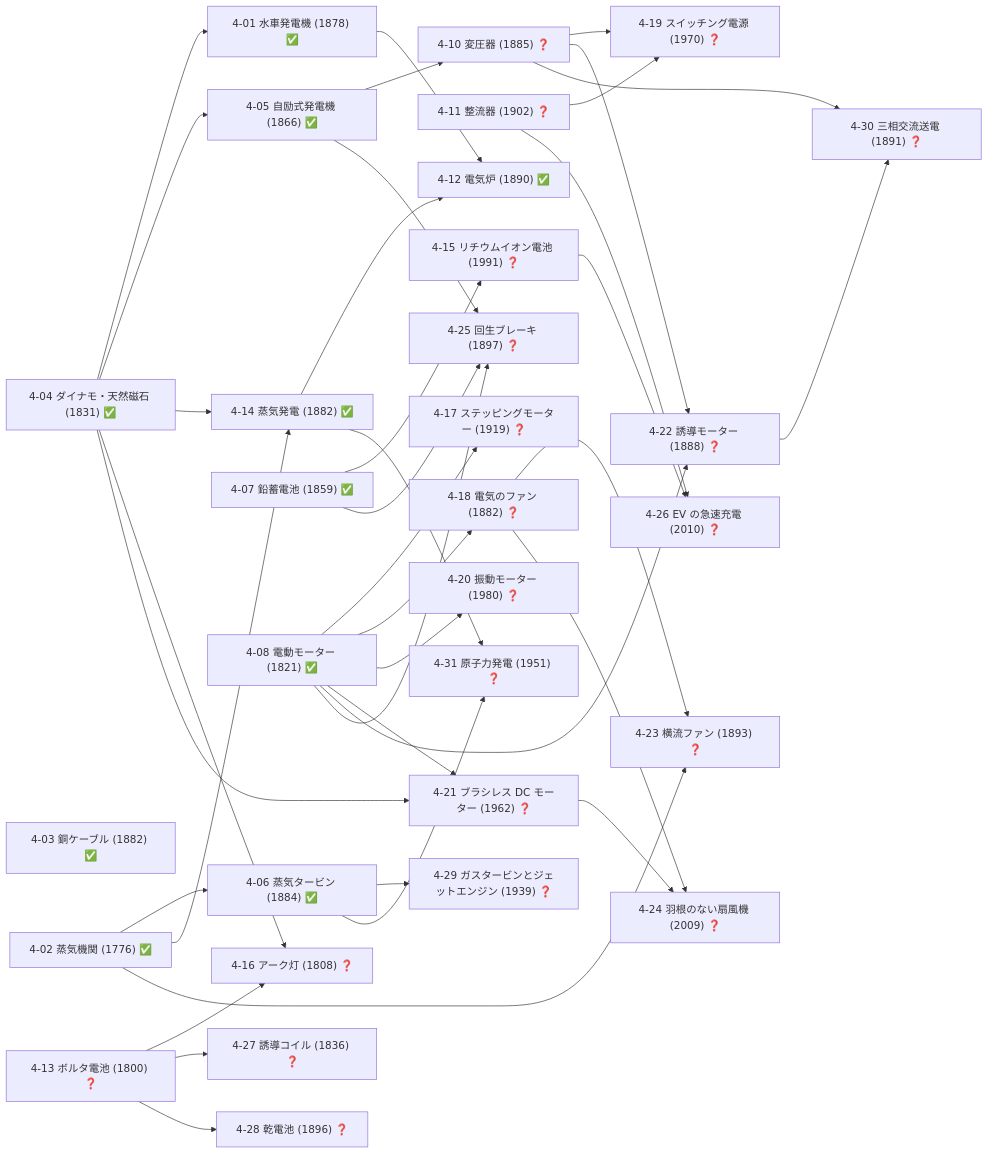
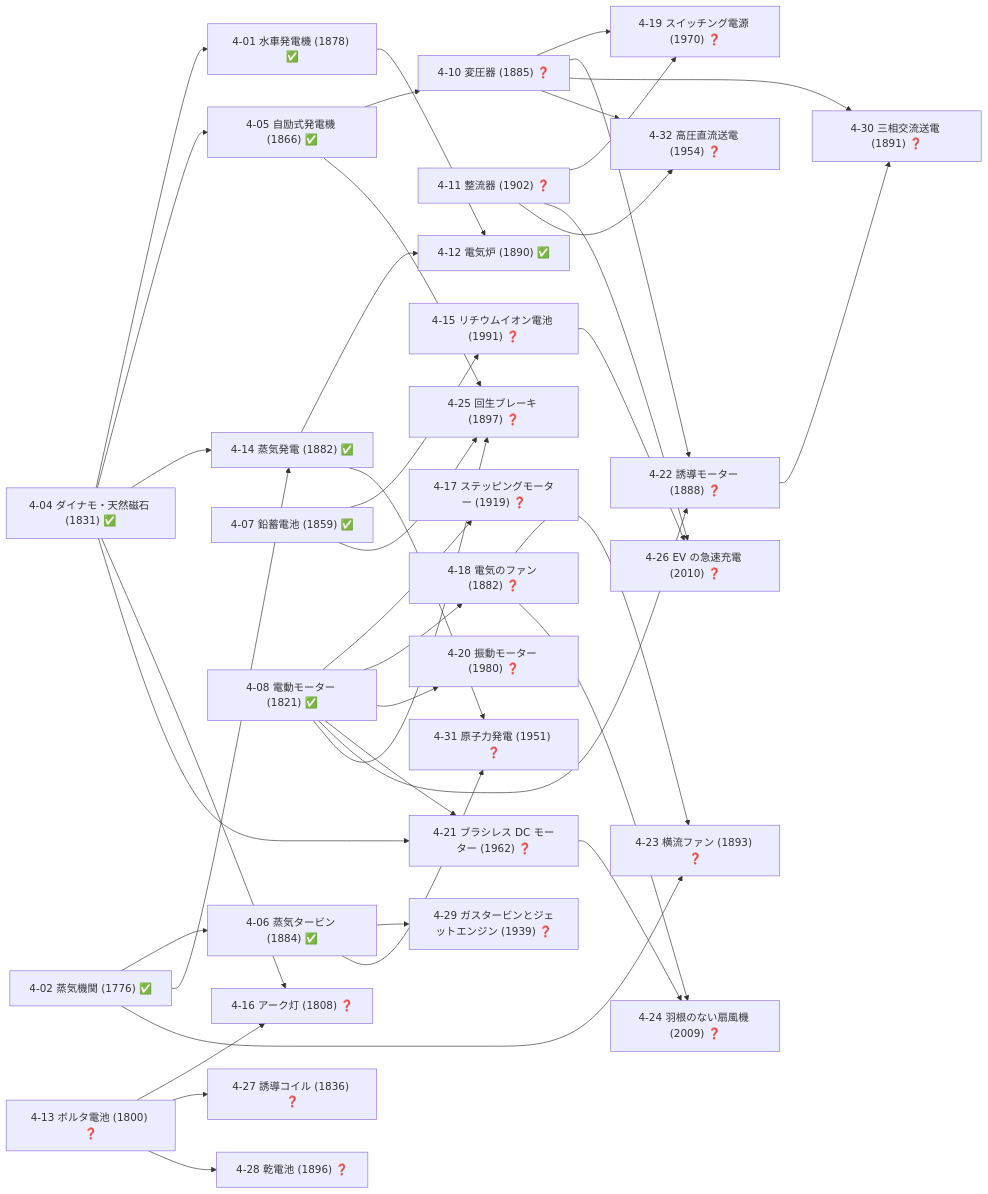
Before and after one commit to taku3i0317-collab/semiconductor-lab: the seventh of 19 diagrams in docs/TECH_TREE_VIEW.md, drawn with Mermaid. The commit also changed other lines of this file and 8 other files, not shown here.

````diff
--- a/docs/TECH_TREE_VIEW.md
+++ b/docs/TECH_TREE_VIEW.md
@@ -365,69 +365,71 @@
 ```mermaid
 graph LR
   n4_01["4-01 水車発電機 (1878) ✅"]
   n4_02["4-02 蒸気機関 (1776) ✅"]
-  n4_03["4-03 銅ケーブル (1882) ✅"]
   n4_04["4-04 ダイナモ・天然磁石 (1831) ✅"]
   n4_05["4-05 自励式発電機 (1866) ✅"]
   n4_06["4-06 蒸気タービン (1884) ✅"]
   n4_07["4-07 鉛蓄電池 (1859) ✅"]
   n4_08["4-08 電動モーター (1821) ✅"]
   n4_10["4-10 変圧器 (1885) ❓"]
   n4_11["4-11 整流器 (1902) ❓"]
   n4_12["4-12 電気炉 (1890) ✅"]
   n4_13["4-13 ボルタ電池 (1800) ❓"]
   n4_14["4-14 蒸気発電 (1882) ✅"]
   n4_15["4-15 リチウムイオン電池 (1991) ❓"]
   n4_16["4-16 アーク灯 (1808) ❓"]
   n4_17["4-17 ステッピングモーター (1919) ❓"]
   n4_18["4-18 電気のファン (1882) ❓"]
   n4_19["4-19 スイッチング電源 (1970) ❓"]
   n4_20["4-20 振動モーター (1980) ❓"]
   n4_21["4-21 ブラシレス DC モーター (1962) ❓"]
   n4_22["4-22 誘導モーター (1888) ❓"]
   n4_23["4-23 横流ファン (1893) ❓"]
   n4_24["4-24 羽根のない扇風機 (2009) ❓"]
   n4_25["4-25 回生ブレーキ (1897) ❓"]
   n4_26["4-26 EV の急速充電 (2010) ❓"]
   n4_27["4-27 誘導コイル (1836) ❓"]
   n4_28["4-28 乾電池 (1896) ❓"]
   n4_29["4-29 ガスタービンとジェットエンジン (1939) ❓"]
   n4_30["4-30 三相交流送電 (1891) ❓"]
   n4_31["4-31 原子力発電 (1951) ❓"]
+  n4_32["4-32 高圧直流送電 (1954) ❓"]
   n4_04-->n4_01
   n4_04-->n4_05
   n4_02-->n4_06
   n4_05-->n4_10
   n4_01-->n4_12
   n4_14-->n4_12
   n4_02-->n4_14
   n4_04-->n4_14
   n4_07-->n4_15
   n4_04-->n4_16
   n4_13-->n4_16
   n4_08-->n4_17
   n4_08-->n4_18
   n4_10-->n4_19
   n4_11-->n4_19
   n4_08-->n4_20
   n4_04-->n4_21
   n4_08-->n4_21
   n4_08-->n4_22
   n4_10-->n4_22
   n4_02-->n4_23
   n4_18-->n4_23
   n4_18-->n4_24
   n4_21-->n4_24
   n4_05-->n4_25
   n4_07-->n4_25
   n4_08-->n4_25
   n4_11-->n4_26
   n4_15-->n4_26
   n4_13-->n4_27
   n4_13-->n4_28
   n4_06-->n4_29
   n4_10-->n4_30
   n4_22-->n4_30
   n4_06-->n4_31
   n4_14-->n4_31
+  n4_10-->n4_32
+  n4_11-->n4_32
 ```
````
